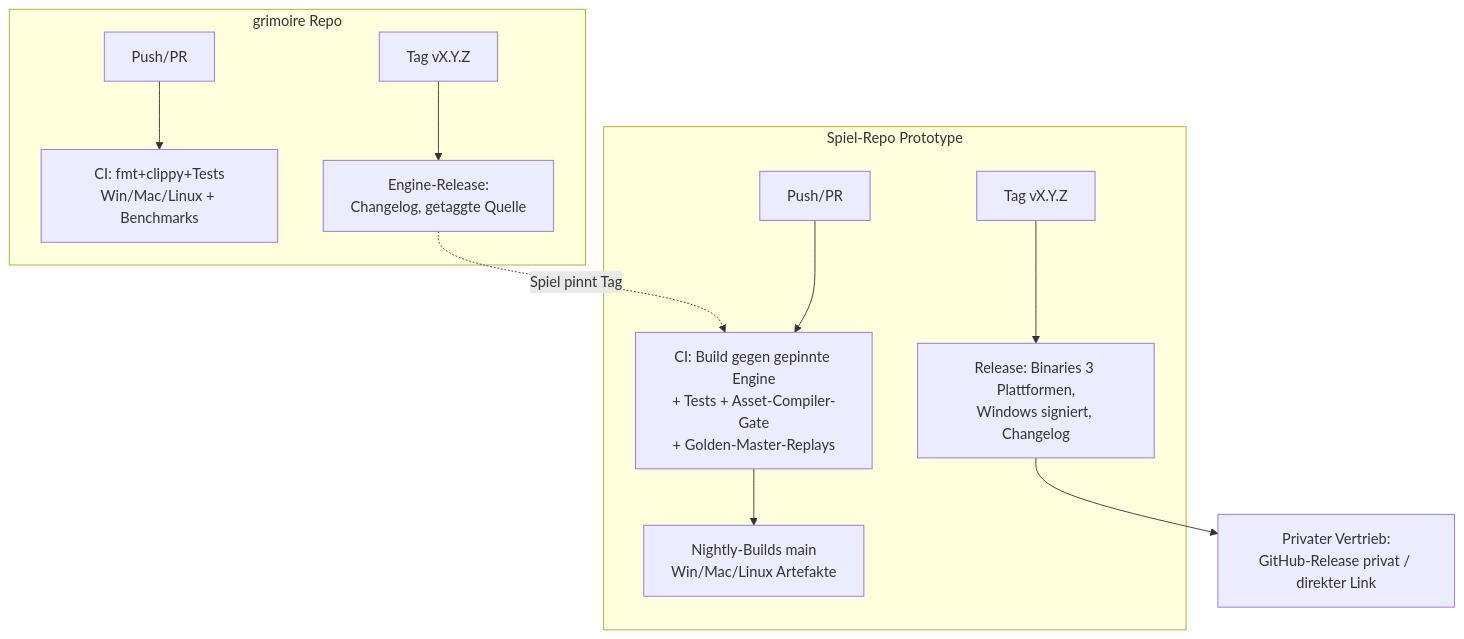
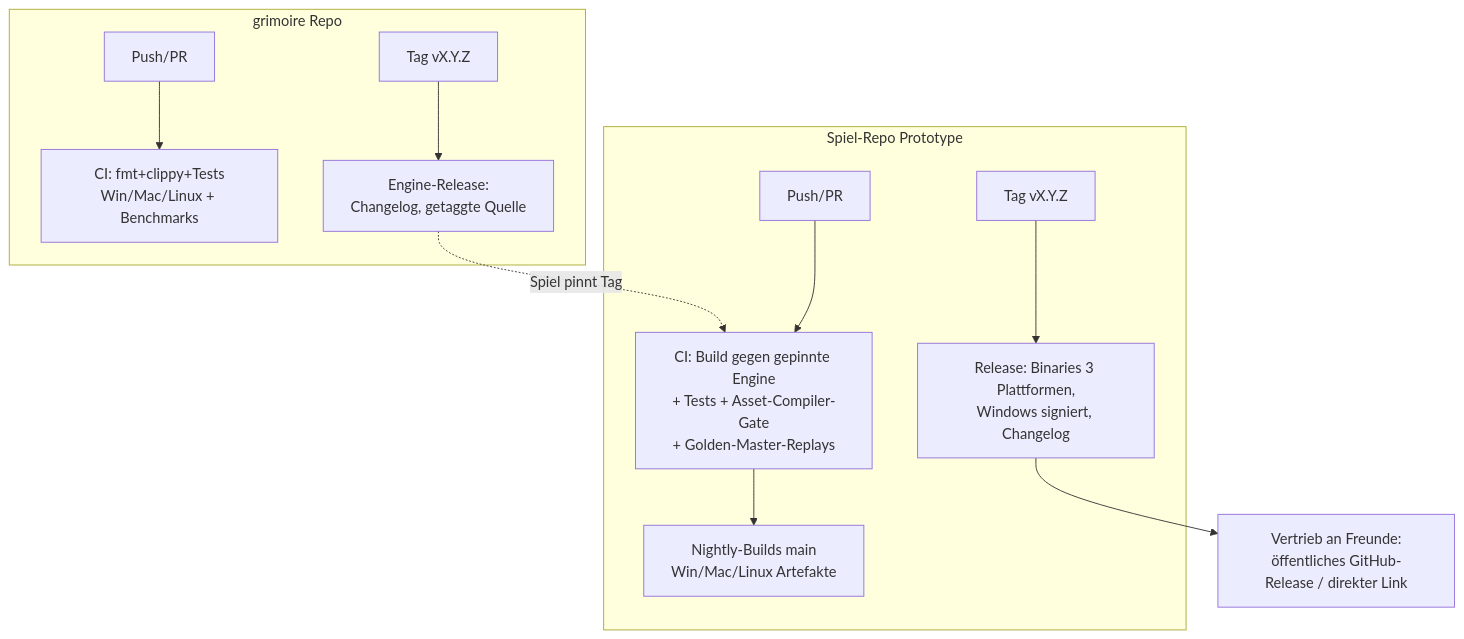
The diagram in docs/prd/0017-plattform-ci-distribution.md (LupusMalusDeviant/fiends-n-patrons), drawn with Mermaid before and after one commit. The commit also changed other lines of this file and 12 other files, not shown here.

````diff
--- a/docs/prd/0017-plattform-ci-distribution.md
+++ b/docs/prd/0017-plattform-ci-distribution.md
@@ -34,14 +35,14 @@
 ```mermaid
 graph TD
     subgraph grimoire Repo
         GPUSH[Push/PR] --> GCI[CI: fmt+clippy+Tests<br/>Win/Mac/Linux + Benchmarks]
         GTAG[Tag vX.Y.Z] --> GREL[Engine-Release:<br/>Changelog, getaggte Quelle]
     end
     subgraph Spiel-Repo Prototype
         SPUSH[Push/PR] --> SCI[CI: Build gegen gepinnte Engine<br/>+ Tests + Asset-Compiler-Gate<br/>+ Golden-Master-Replays]
         SCI --> NIGHT[Nightly-Builds main<br/>Win/Mac/Linux Artefakte]
         STAG[Tag vX.Y.Z] --> SREL[Release: Binaries 3 Plattformen,<br/>Windows signiert, Changelog]
     end
     GREL -.Spiel pinnt Tag.-> SCI
-    SREL --> DIST[Privater Vertrieb:<br/>GitHub-Release privat / direkter Link]
+    SREL --> DIST[Vertrieb an Freunde:<br/>öffentliches GitHub-Release / direkter Link]
 ```
````
